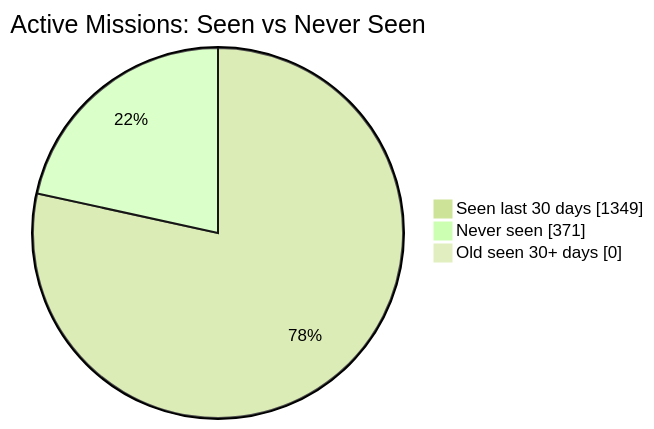
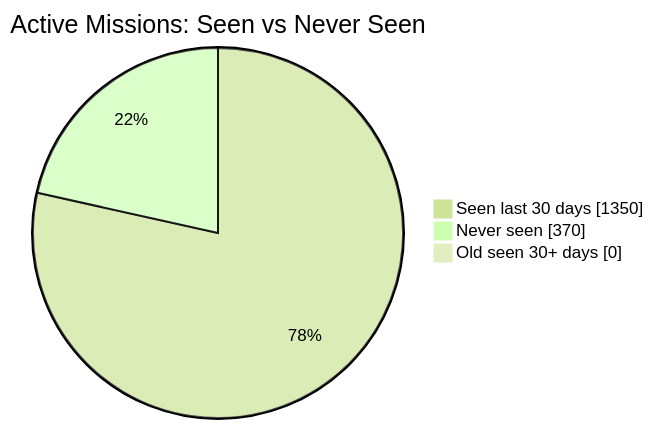
The first of 2 diagrams in README.md (MeldkamerspelGameTeam/active-missions), drawn with Mermaid (forest theme) before and after one commit. The commit also changed other lines of this file and 2 other files, not shown here.

````diff
--- a/README.md
+++ b/README.md
@@ -34,7 +34,7 @@
 ```mermaid
 pie showData
     title Active Missions: Seen vs Never Seen
-    "Seen last 30 days" : 1349
-    "Never seen" : 371
+    "Seen last 30 days" : 1350
+    "Never seen" : 370
     "Old seen 30+ days" : 0
 ```
````
